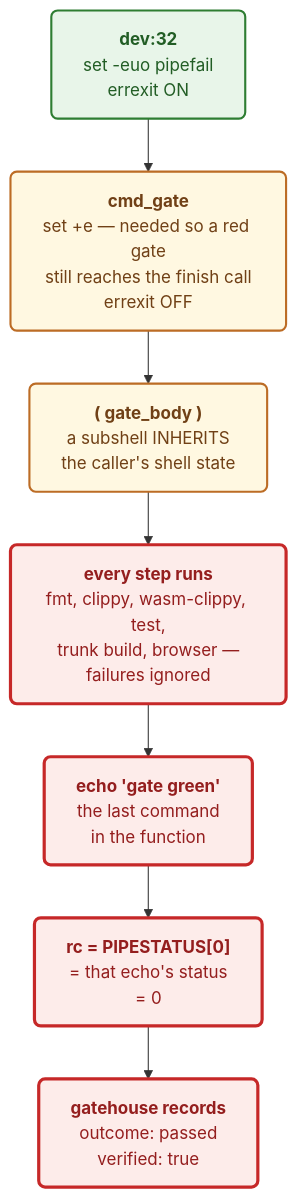
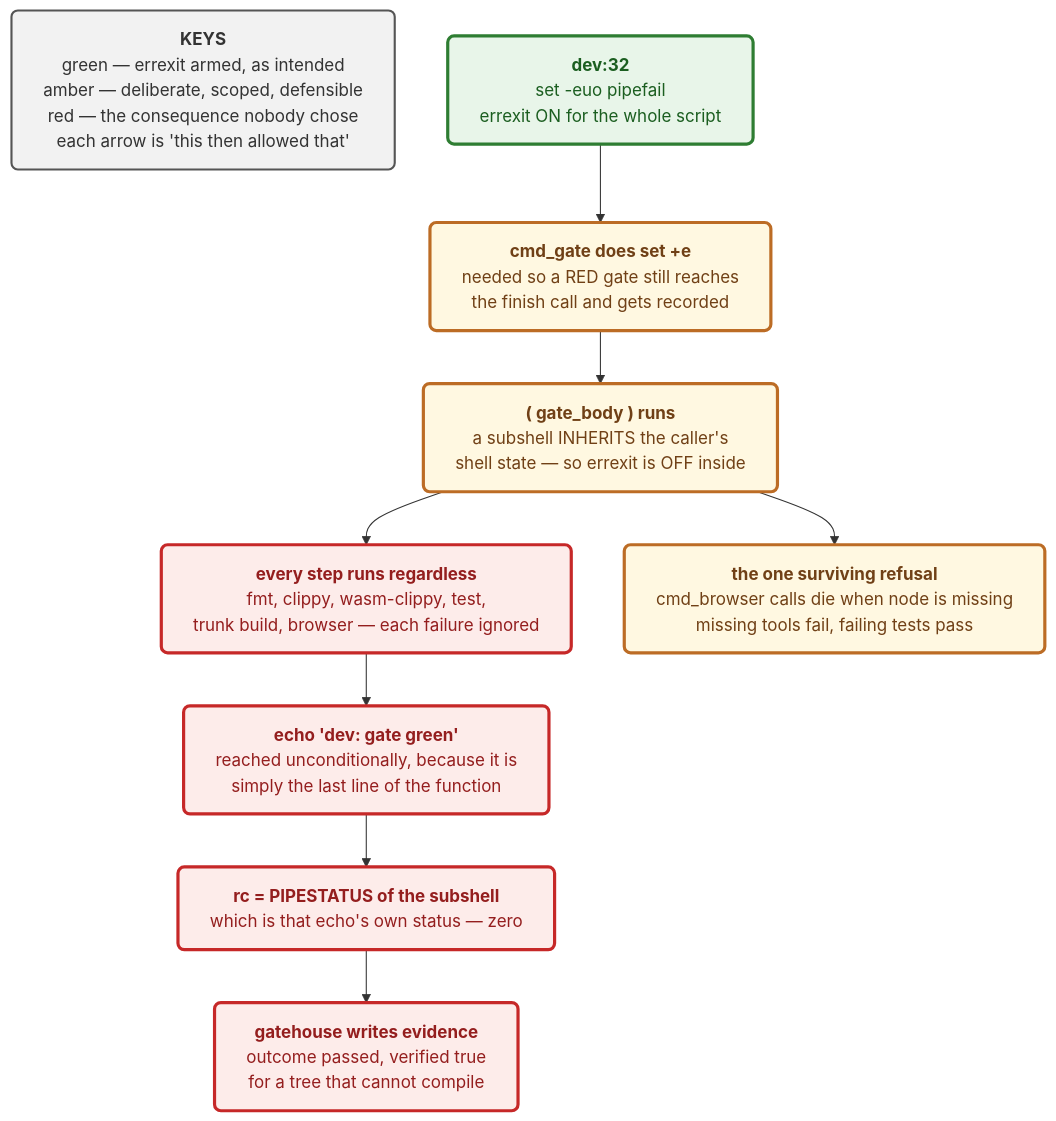
One commit to tom2025b/git-vista changed the diagram in docs/adr/0065-the-gate-must-be-able-to-say-no.md. Above: the diagram before and after it, drawn with Mermaid. The commit also changed other lines of this file, not shown here.

Commit message:
wip(#66): auto-checkpoint 714

````diff
--- a/docs/adr/0065-the-gate-must-be-able-to-say-no.md
+++ b/docs/adr/0065-the-gate-must-be-able-to-say-no.md
@@ -45,20 +48,38 @@
 ```mermaid
+---
+config:
+  flowchart:
+    wrappingWidth: 480
+---
 flowchart TD
-    L32["<b>dev:32</b><br/>set -euo pipefail<br/>errexit ON"]
-    OFF["<b>cmd_gate</b><br/>set +e — needed so a red gate<br/>still reaches the finish call<br/>errexit OFF"]
-    SUB["<b>( gate_body )</b><br/>a subshell INHERITS<br/>the caller's shell state"]
-    RUN["<b>every step runs</b><br/>fmt, clippy, wasm-clippy, test,<br/>trunk build, browser —<br/>failures ignored"]
-    ECHO["<b>echo 'gate green'</b><br/>the last command<br/>in the function"]
-    RC["<b>rc = PIPESTATUS[0]</b><br/>= that echo's status<br/>= 0"]
-    REC["<b>gatehouse records</b><br/>outcome: passed<br/>verified: true"]
+    KEYS["<b>KEYS</b>
+    green — errexit armed, as intended
+    amber — deliberate, scoped, defensible
+    red — the consequence nobody chose
+    each arrow is 'this then allowed that'"]
 
-    L32 --> OFF --> SUB --> RUN --> ECHO --> RC --> REC
+    L32["<b>dev:32</b><br/>set -euo pipefail<br/>errexit ON for the whole script"]
+    OFF["<b>cmd_gate does set +e</b><br/>needed so a RED gate still reaches<br/>the finish call and gets recorded"]
+    SUB["<b>( gate_body ) runs</b><br/>a subshell INHERITS the caller's<br/>shell state — so errexit is OFF inside"]
 
-    classDef ok fill:#e8f5e9,stroke:#2e7d32,stroke-width:2px,rx:6,ry:6,color:#225d25
+    RUN["<b>every step runs regardless</b><br/>fmt, clippy, wasm-clippy, test,<br/>trunk build, browser — each failure ignored"]
+    ECHO["<b>echo 'dev: gate green'</b><br/>reached unconditionally, because it is<br/>simply the last line of the function"]
+    RC["<b>rc = PIPESTATUS of the subshell</b><br/>which is that echo's own status — zero"]
+
+    REC["<b>gatehouse writes evidence</b><br/>outcome passed, verified true<br/>for a tree that cannot compile"]
+    BROWSER["<b>the one surviving refusal</b><br/>cmd_browser calls die when node is missing<br/>missing tools fail, failing tests pass"]
+
+    L32 --> OFF --> SUB
+    SUB --> RUN --> ECHO --> RC --> REC
+    SUB --> BROWSER
+
+    classDef ok fill:#e8f5e9,stroke:#2e7d32,stroke-width:3px,rx:6,ry:6,color:#1b5e20
+    classDef mid fill:#fff8e1,stroke:#bc6c25,stroke-width:3px,rx:6,ry:6,color:#704016
     classDef bad fill:#fdecea,stroke:#c62828,stroke-width:3px,rx:6,ry:6,color:#941e1e
-    classDef mid fill:#fff8e1,stroke:#bc6c25,stroke-width:2px,rx:6,ry:6,color:#704016
+    classDef legend fill:#f2f2f2,stroke:#555555,stroke-width:2px,rx:6,ry:6,color:#333333
 
     class L32 ok
-    class OFF,SUB mid
+    class OFF,SUB,BROWSER mid
     class RUN,ECHO,RC,REC bad
+    class KEYS legend
 ```
````
